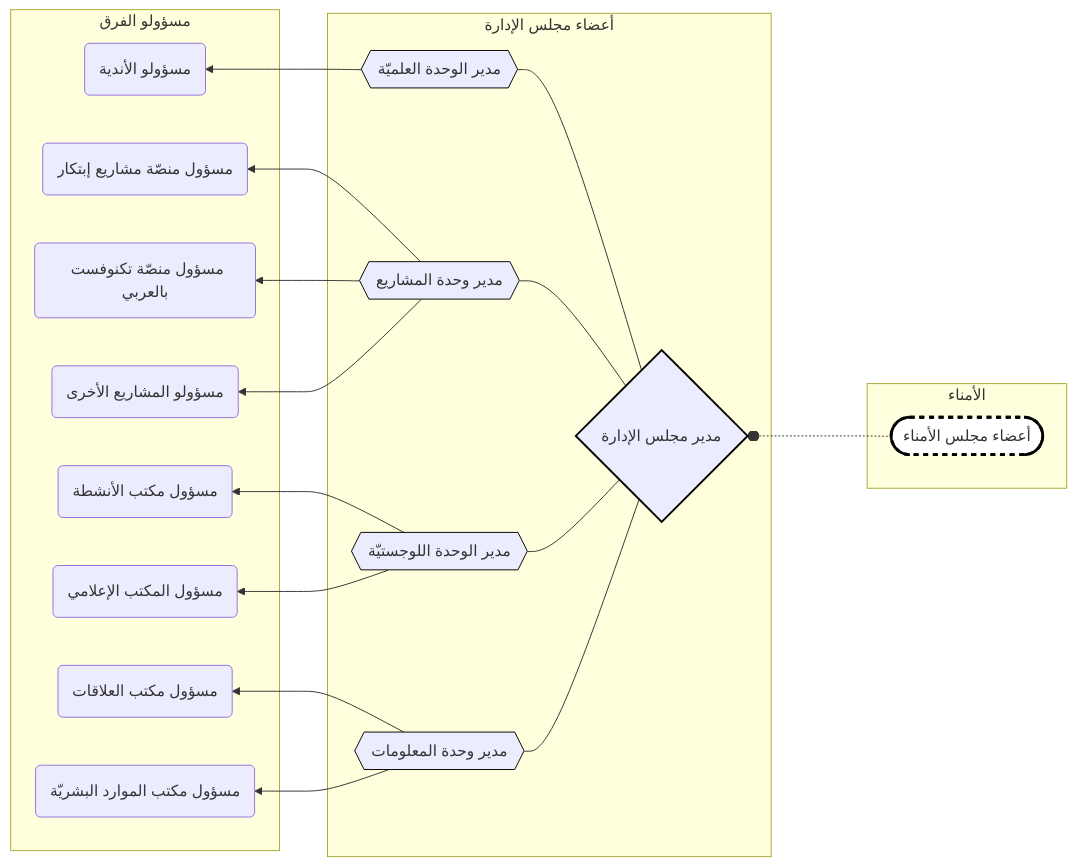
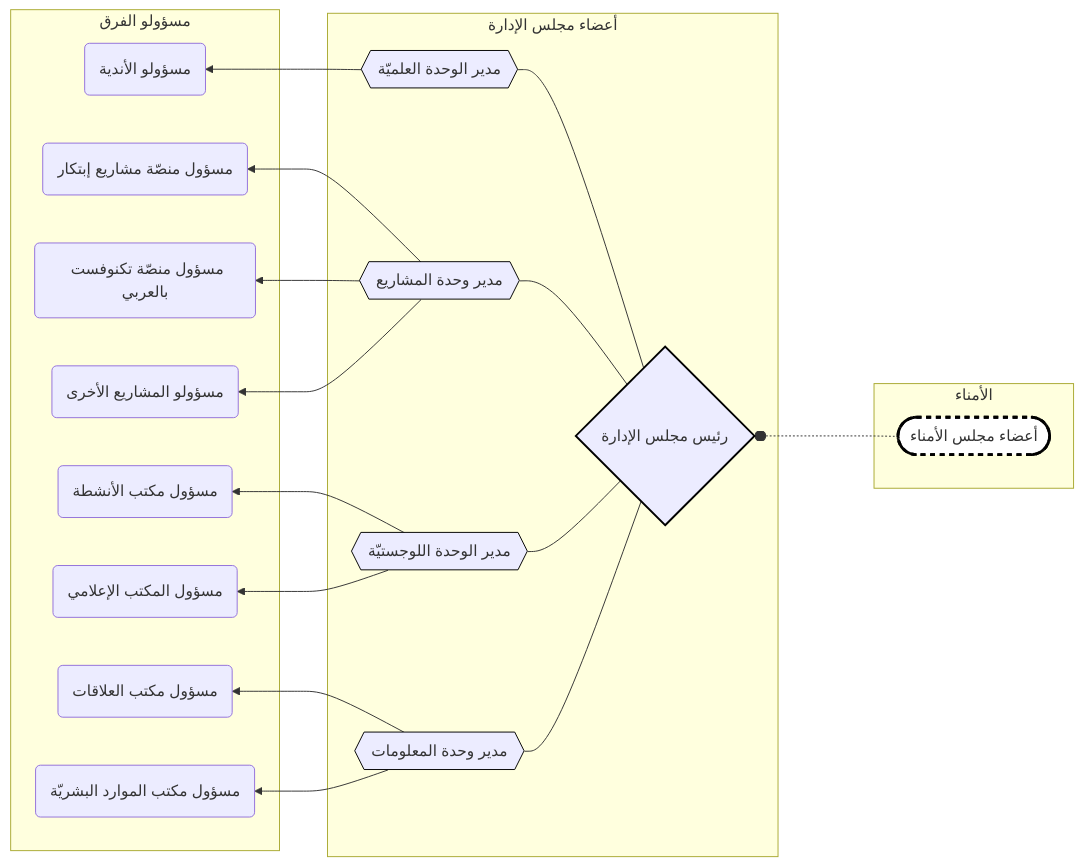
The second of 2 diagrams in README.md (ibtikar-org-tr/bylaws), drawn with Mermaid before and after one commit.

Commit message:
Update title from 'مدير مجلس الإدارة' to 'رئيس مجلس الإدارة'

````diff
--- a/README.md
+++ b/README.md
@@ -160,37 +160,37 @@
 ``` mermaid
 flowchart RL
 
 subgraph 0 [الأمناء]
 BOT([أعضاء مجلس الأمناء])
 end
 
-BOT -..-o BOD{مدير مجلس الإدارة}
+BOT -..-o BOD{رئيس مجلس الإدارة}
 style BOT fill:white,stroke:black,stroke-width:3px,stroke-dasharray: 5 5
 style BOD stroke:black,stroke-width:2px
 
 subgraph 1 [أعضاء مجلس الإدارة]
 BOD --- scientific{{مدير الوحدة العلميّة}}
 BOD --- projects{{مدير وحدة المشاريع}}
 BOD --- logistics{{مدير الوحدة اللوجستيّة}}
 BOD --- information{{مدير وحدة المعلومات}}
 end
 
 style scientific stroke:black
 style projects stroke:black
 style logistics stroke:black
 style information stroke:black
 
 subgraph 2 [مسؤولو الفرق]
 scientific --> s1(مسؤولو الأندية)
 
 projects --> p1(مسؤول منصّة مشاريع إبتكار)
 projects --> p3(مسؤول منصّة تكنوفست بالعربي)
 projects --> p2(مسؤولو المشاريع الأخرى)
 
 logistics --> l1(مسؤول مكتب الأنشطة)
 logistics --> l2(مسؤول المكتب الإعلامي)
 
 information --> i1(مسؤول مكتب العلاقات)
 information --> i2(مسؤول مكتب الموارد البشريّة)
 end
 ```
````
